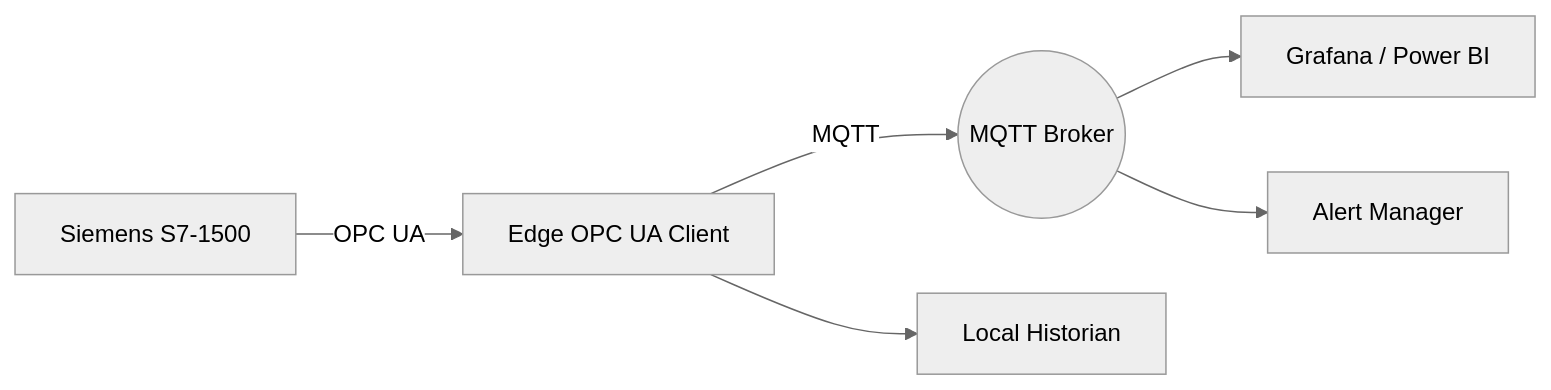
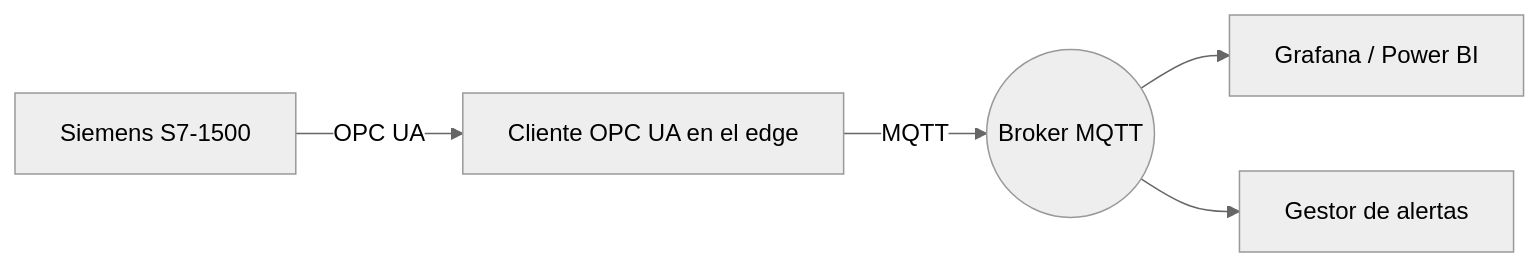
The diagram in src/data/post/conectando-plcs-siemens-nube.md (eduardojvieira/website), drawn with Mermaid (neutral theme) before and after one commit. The commit also changed other lines of this file and 70 other files, not shown here.

````diff
--- a/src/data/post/conectando-plcs-siemens-nube.md
+++ b/src/data/post/conectando-plcs-siemens-nube.md
@@ -33,8 +35,7 @@
 ```mermaid
 flowchart LR
-  S7[Siemens S7-1500] -- OPC UA --> UAClient[Edge OPC UA Client]
-  UAClient -- MQTT --> Broker((MQTT Broker))
+  S7[Siemens S7-1500] -- OPC UA --> UAClient[Cliente OPC UA en el edge]
+  UAClient -- MQTT --> Broker((Broker MQTT))
   Broker --> Grafana[Grafana / Power BI]
-  Broker --> Alerting[Alert Manager]
-  UAClient --> Files[Local Historian]
+  Broker --> Alerting[Gestor de alertas]
 ```
````
